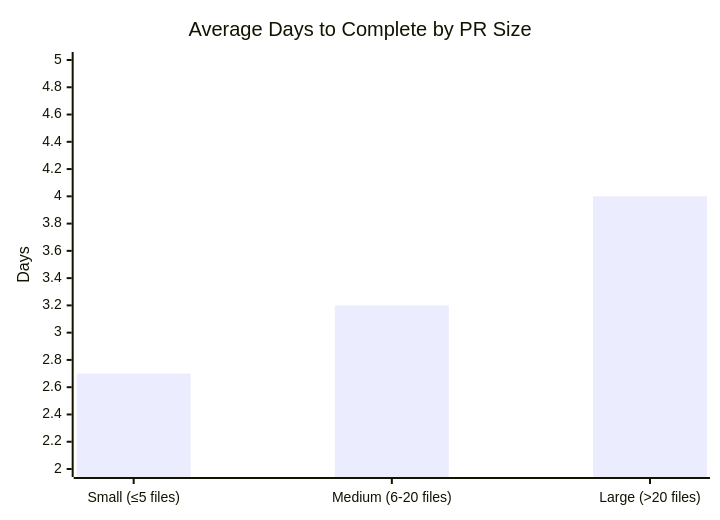
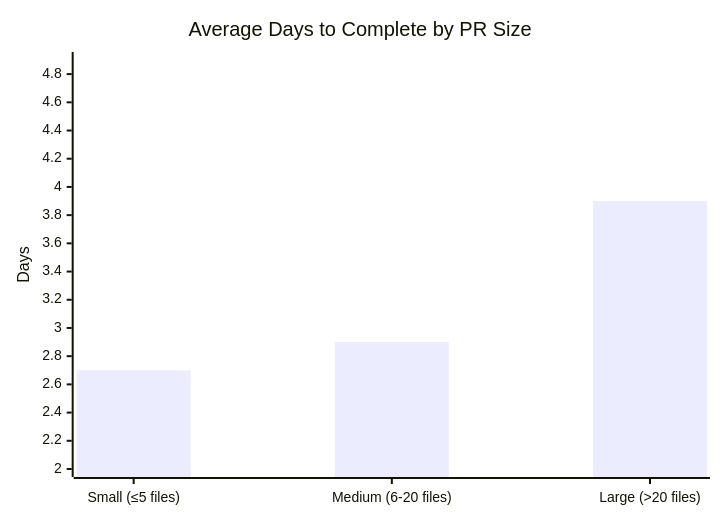
Before and after one commit to microsoft/edge-ai: the third of 11 diagrams in docs/contributions.md, drawn with Mermaid. The commit also changed other lines of this file and 2 other files, not shown here.

````diff
--- a/docs/contributions.md
+++ b/docs/contributions.md
@@ -56,8 +56,8 @@
 ``` mermaid
 
 xychart-beta
     title "Average Days to Complete by PR Size"
     x-axis ["Small (≤5 files)", "Medium (6-20 files)", "Large (>20 files)"]
-    y-axis "Days" 2 --> 5
-    bar [2.7, 3.2, 4]
+    y-axis "Days" 2 --> 4.9
+    bar [2.7, 2.9, 3.9]
 ```
````
